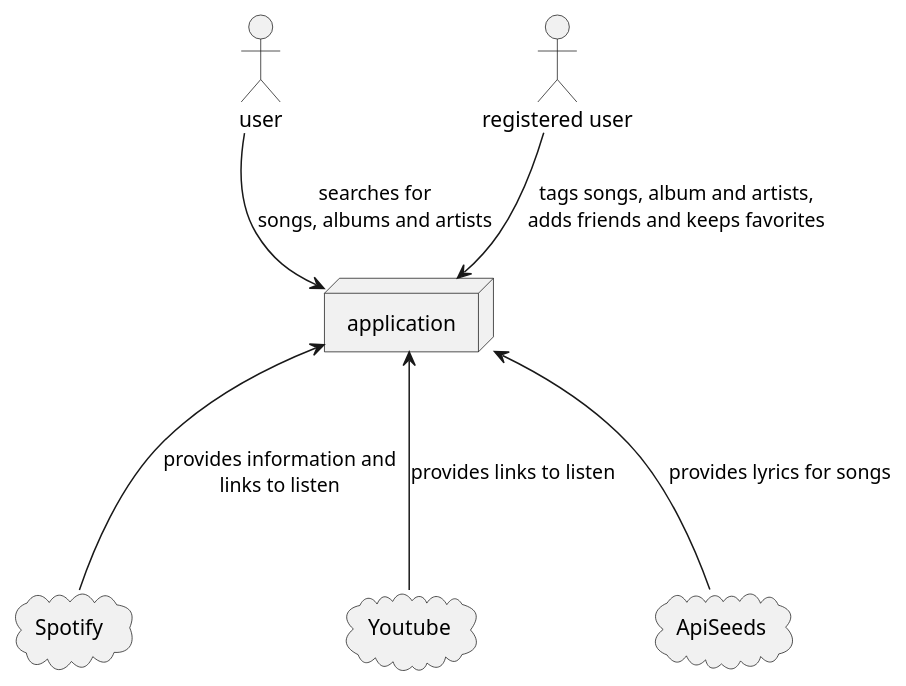
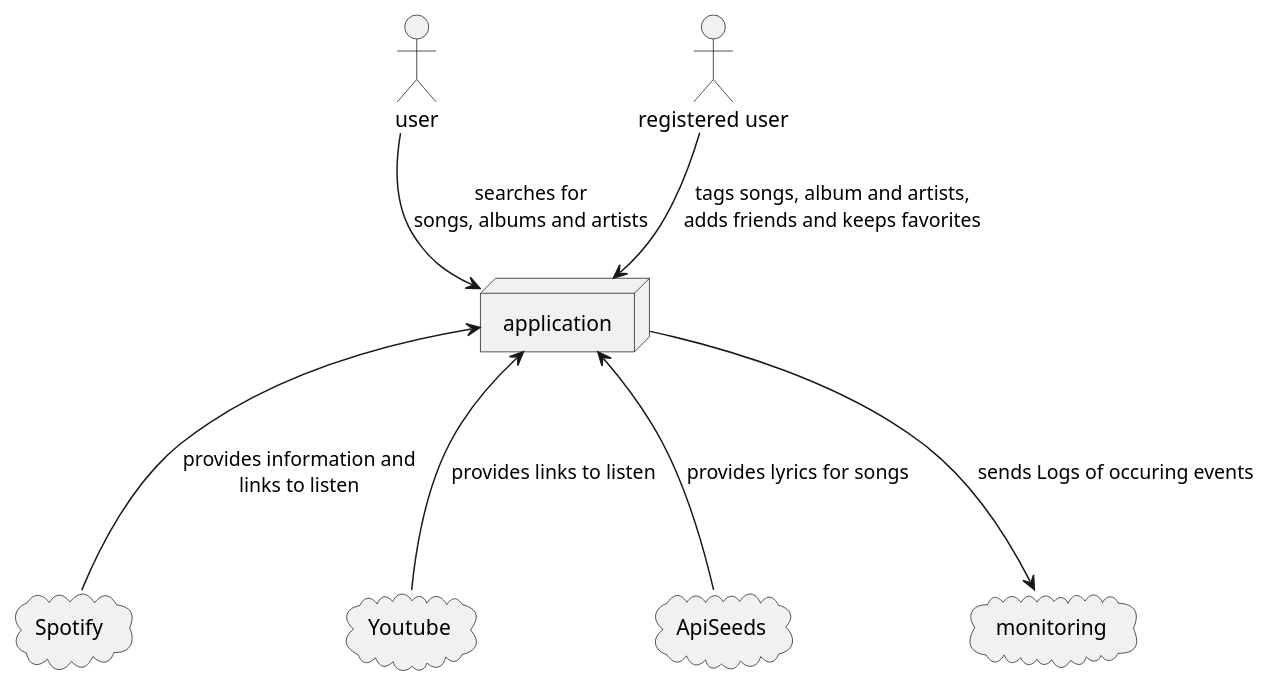
Before and after one commit to Mashnak/DCAppProject: the diagram in Documentation/swad/context_simple.wsd, drawn with PlantUML. The commit also changed 11 other files, not shown here.

```diff
--- a/Documentation/swad/context_simple.wsd
+++ b/Documentation/swad/context_simple.wsd
@@ -1,21 +1,21 @@
 @startuml context
-
 top to bottom direction
 
 actor user
 actor :registered user: as reg
 
 node application as app
 
 user --> app: searches for\nsongs, albums and artists
 reg --> app: tags songs, album and artists,\nadds friends and keeps favorites
 
 cloud Spotify as spotify
 cloud Youtube as youtube
 cloud ApiSeeds as apiseeds
+cloud monitoring as monitoring
 
 spotify --up-> app: provides information and\nlinks to listen
 youtube --up-> app: provides links to listen
 apiseeds --up-> app: provides lyrics for songs
-
+app --down-> monitoring: sends Logs of occuring events
 @enduml
```
